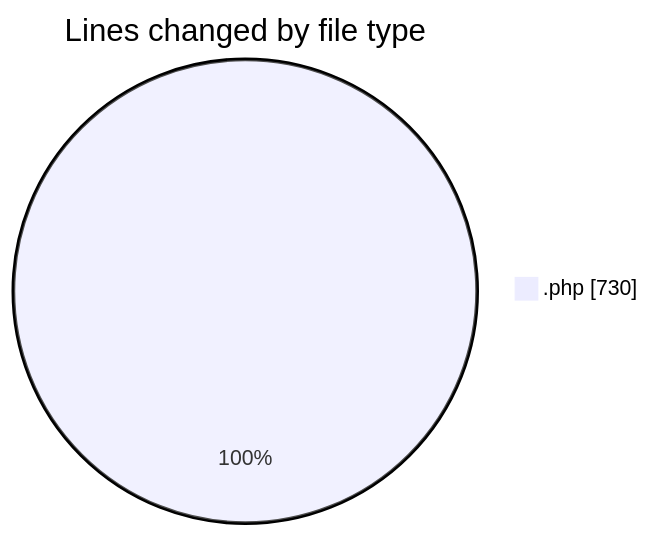
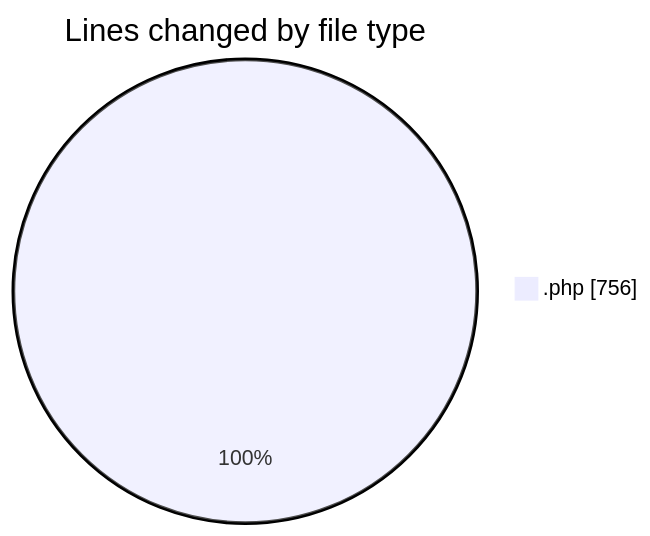
Before and after one commit to debugP/code-tracking: the first of 2 diagrams in 2026-07-29/untitled__workspace_/README.md, drawn with Mermaid. The commit also changed other lines of this file and 1 other file, not shown here.

````diff
--- a/2026-07-29/untitled__workspace_/README.md
+++ b/2026-07-29/untitled__workspace_/README.md
@@ -20,5 +20,5 @@
 ```mermaid
 pie showData
 title Lines changed by file type
-".php" : 730
+".php" : 756
 ```
````
